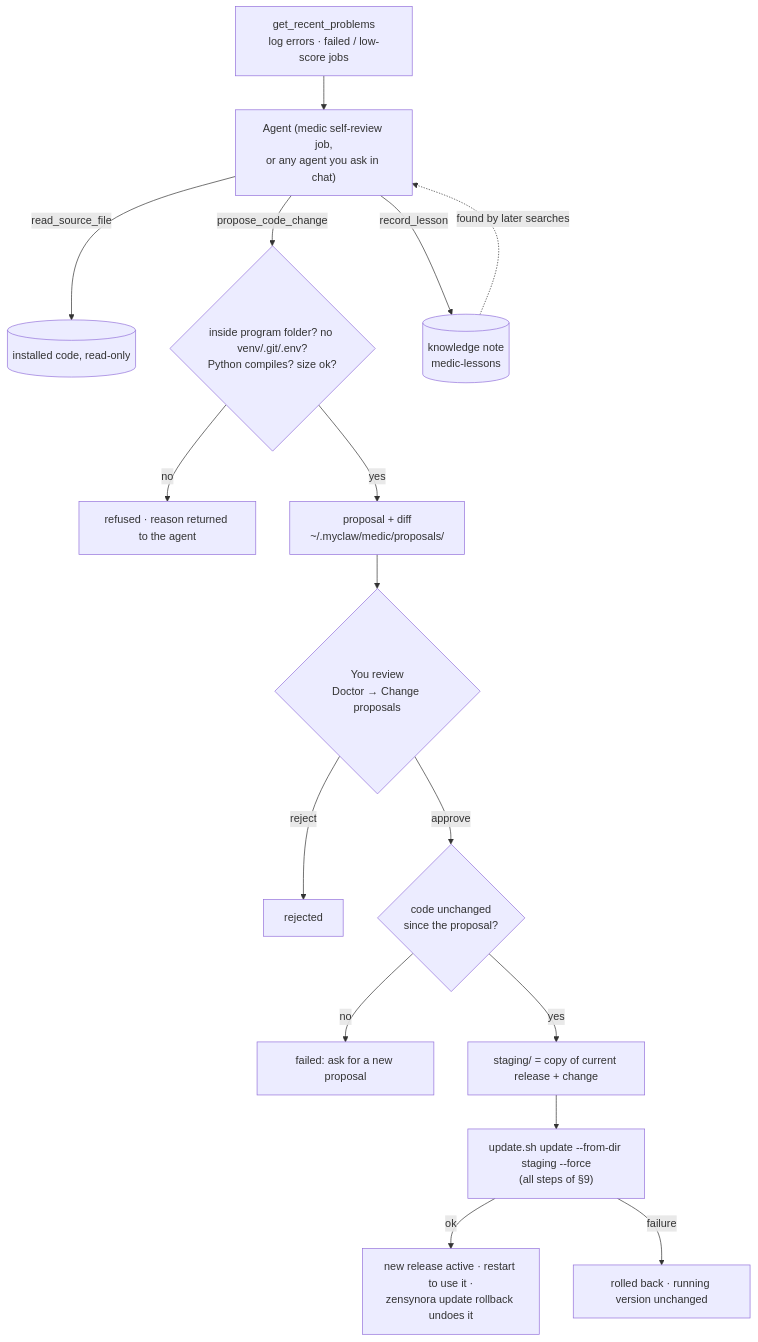
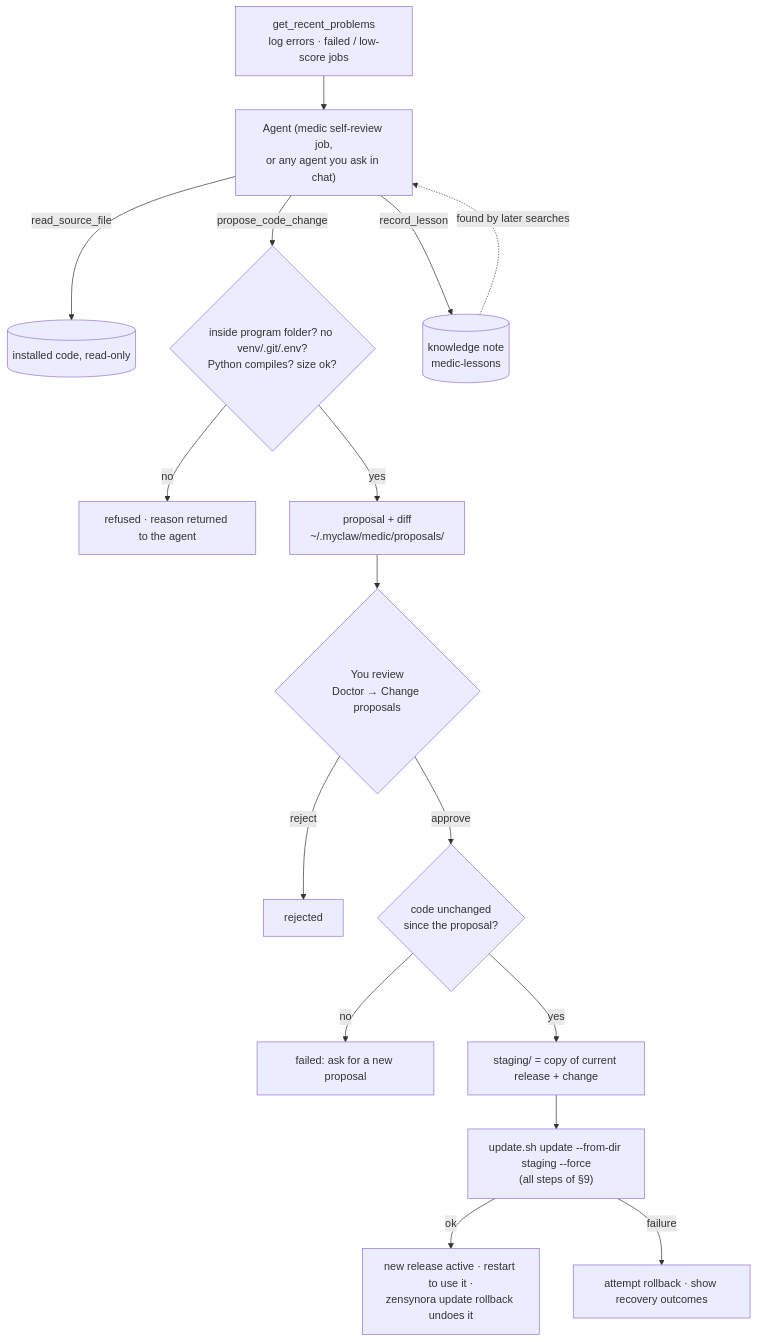
Before and after one commit to adrianx26/zensynora: diagram 15 of 22 in docs/architecture_diagram.md, drawn with Mermaid. The commit also changed other lines of this file and 67 other files, not shown here.

````diff
--- a/docs/architecture_diagram.md
+++ b/docs/architecture_diagram.md
@@ -498,18 +526,18 @@
 ```mermaid
 flowchart TD
     probs["get_recent_problems<br/>log errors · failed / low-score jobs"] --> agent["Agent (medic self-review job,<br/>or any agent you ask in chat)"]
     agent -- read_source_file --> code[("installed code, read-only")]
     agent -- propose_code_change --> check{"inside program folder? no venv/.git/.env?<br/>Python compiles? size ok?"}
     check -- no --> back["refused · reason returned to the agent"]
     check -- yes --> prop["proposal + diff<br/>~/.myclaw/medic/proposals/"]
     prop --> you{"You review<br/>Doctor → Change proposals"}
     you -- reject --> rj["rejected"]
     you -- approve --> stale{"code unchanged<br/>since the proposal?"}
     stale -- no --> outd["failed: ask for a new proposal"]
     stale -- yes --> stage["staging/ = copy of current release + change"]
     stage --> upd["update.sh update --from-dir staging --force<br/>(all steps of §9)"]
     upd -- ok --> ok["new release active · restart to use it ·<br/>zensynora update rollback undoes it"]
-    upd -- failure --> rb["rolled back · running version unchanged"]
+    upd -- failure --> rb["attempt rollback · show recovery outcomes"]
     agent -- record_lesson --> kb[("knowledge note<br/>medic-lessons")]
     kb -. "found by later searches" .-> agent
 ```
````
